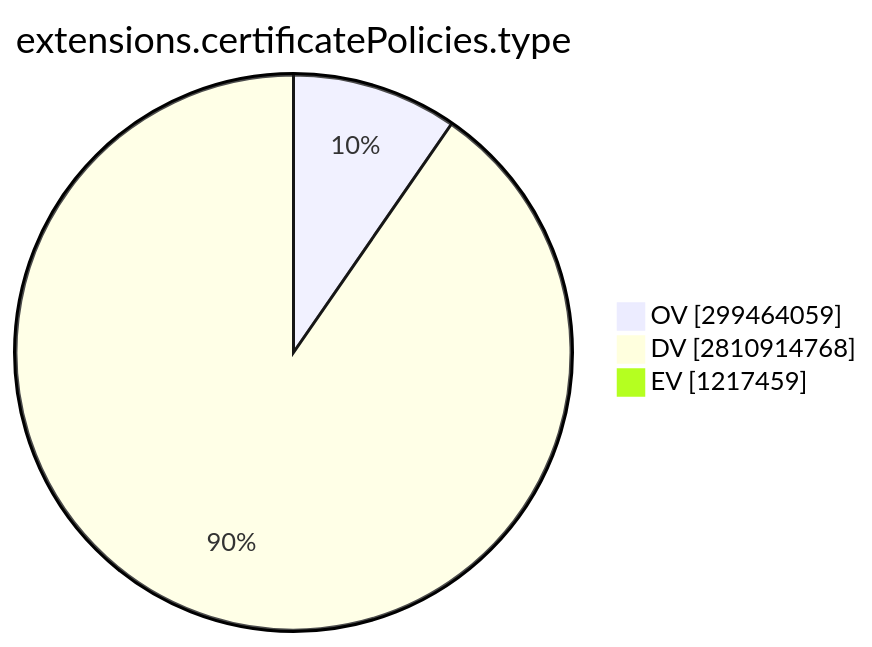
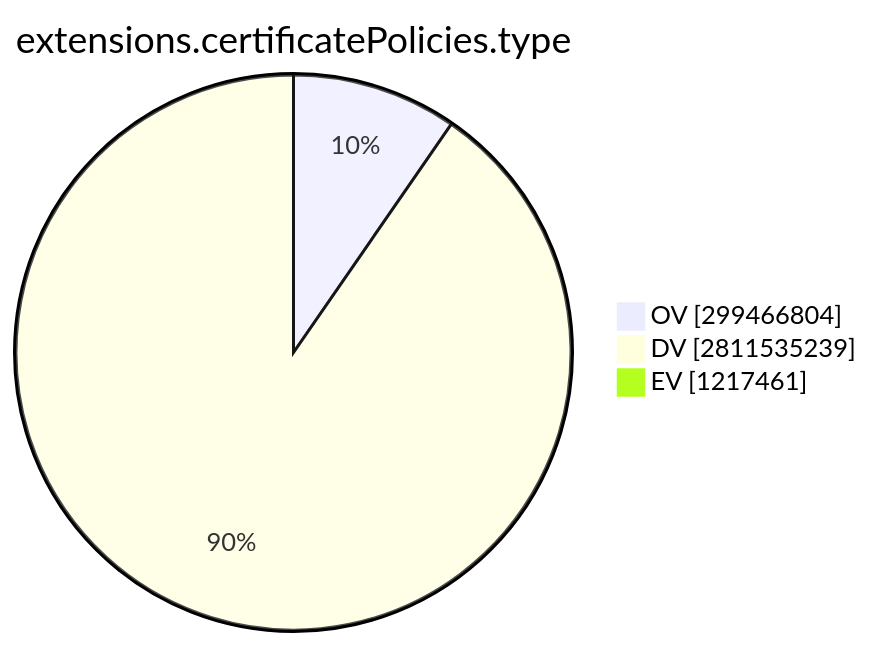
One commit to christiankrug/ctmonitor_visualization changed the ninth of 15 diagrams in TOTAL/README.md. Above: the diagram before and after it, drawn with Mermaid. The commit also changed other lines of this file, not shown here.

````diff
--- a/TOTAL/README.md
+++ b/TOTAL/README.md
@@ -3101,7 +3101,7 @@
 ```mermaid
 pie showData
 title extensions.certificatePolicies.type
-"OV" :299464059
-"DV" :2810914768
-"EV" :1217459
+"OV" :299466804
+"DV" :2811535239
+"EV" :1217461
 ```
````
